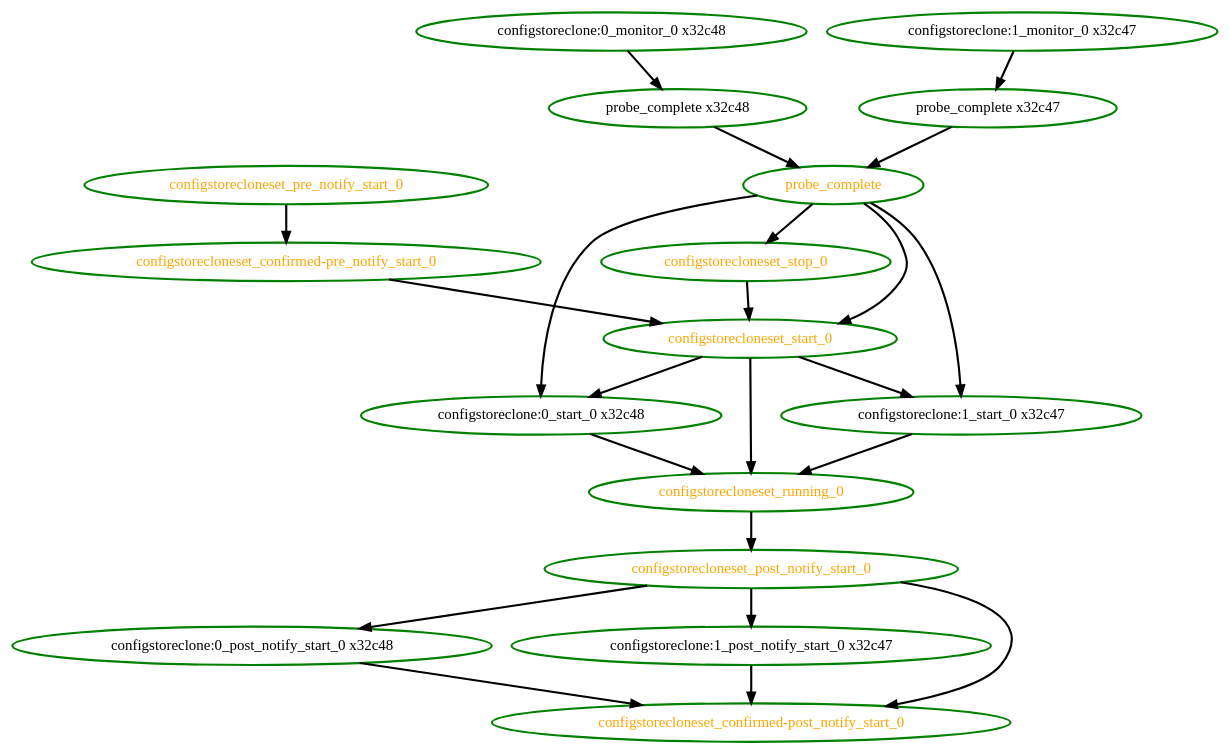
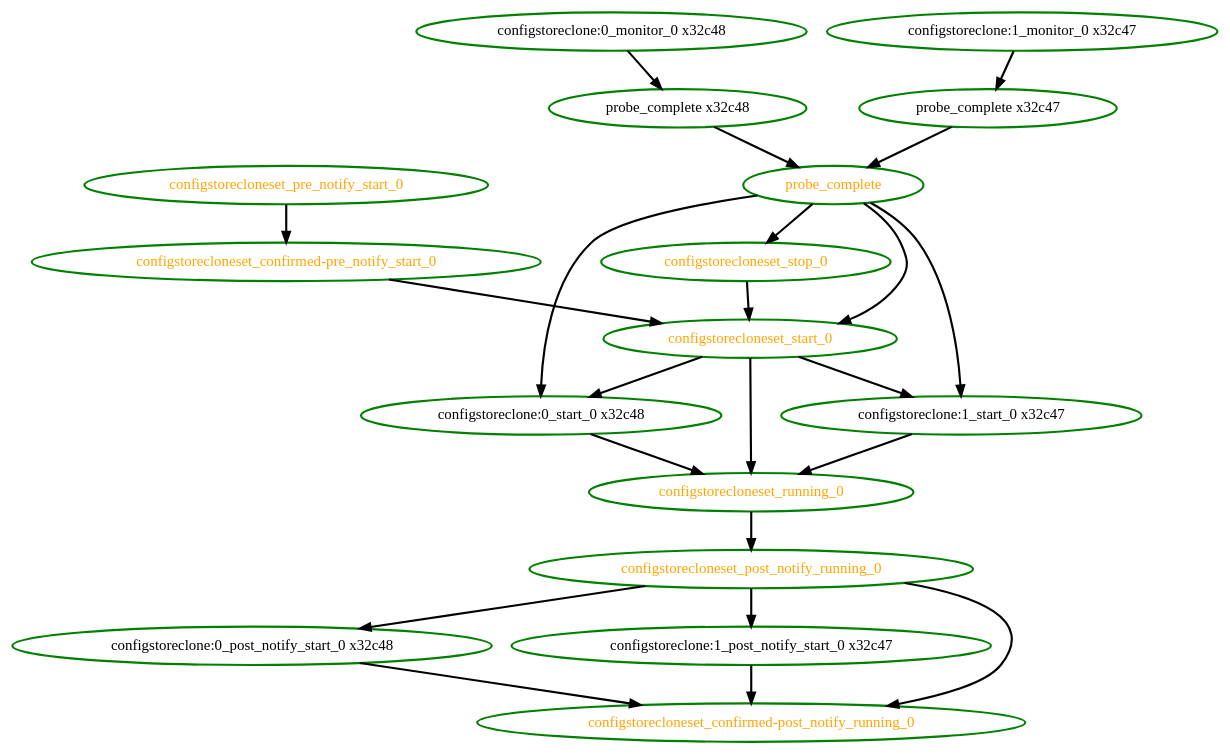
The diagram in pengine/test10/probe-0.dot (linux-ha-japan/pm_diskd), drawn with Graphviz before and after one commit. The commit also changed 68 other files, not shown here.

```diff
--- a/pengine/test10/probe-0.dot
+++ b/pengine/test10/probe-0.dot
@@ -1,40 +1,40 @@
  digraph "g" {
 "configstoreclone:0_monitor_0 x32c48" -> "probe_complete x32c48" [ style = bold]
 "configstoreclone:0_monitor_0 x32c48" [ style=bold color="green" fontcolor="black" ]
-"configstoreclone:0_post_notify_start_0 x32c48" -> "configstorecloneset_confirmed-post_notify_start_0" [ style = bold]
+"configstoreclone:0_post_notify_start_0 x32c48" -> "configstorecloneset_confirmed-post_notify_running_0" [ style = bold]
 "configstoreclone:0_post_notify_start_0 x32c48" [ style=bold color="green" fontcolor="black" ]
 "configstoreclone:0_start_0 x32c48" -> "configstorecloneset_running_0" [ style = bold]
 "configstoreclone:0_start_0 x32c48" [ style=bold color="green" fontcolor="black" ]
 "configstoreclone:1_monitor_0 x32c47" -> "probe_complete x32c47" [ style = bold]
 "configstoreclone:1_monitor_0 x32c47" [ style=bold color="green" fontcolor="black"  ]
-"configstoreclone:1_post_notify_start_0 x32c47" -> "configstorecloneset_confirmed-post_notify_start_0" [ style = bold]
+"configstoreclone:1_post_notify_start_0 x32c47" -> "configstorecloneset_confirmed-post_notify_running_0" [ style = bold]
 "configstoreclone:1_post_notify_start_0 x32c47" [ style=bold color="green" fontcolor="black" ]
 "configstoreclone:1_start_0 x32c47" -> "configstorecloneset_running_0" [ style = bold]
 "configstoreclone:1_start_0 x32c47" [ style=bold color="green" fontcolor="black" ]
-"configstorecloneset_confirmed-post_notify_start_0" [ style=bold color="green" fontcolor="orange" ]
+"configstorecloneset_confirmed-post_notify_running_0" [ style=bold color="green" fontcolor="orange" ]
 "configstorecloneset_confirmed-pre_notify_start_0" -> "configstorecloneset_start_0" [ style = bold]
 "configstorecloneset_confirmed-pre_notify_start_0" [ style=bold color="green" fontcolor="orange" ]
-"configstorecloneset_post_notify_start_0" -> "configstoreclone:0_post_notify_start_0 x32c48" [ style = bold]
-"configstorecloneset_post_notify_start_0" -> "configstoreclone:1_post_notify_start_0 x32c47" [ style = bold]
-"configstorecloneset_post_notify_start_0" -> "configstorecloneset_confirmed-post_notify_start_0" [ style = bold]
-"configstorecloneset_post_notify_start_0" [ style=bold color="green" fontcolor="orange" ]
+"configstorecloneset_post_notify_running_0" -> "configstoreclone:0_post_notify_start_0 x32c48" [ style = bold]
+"configstorecloneset_post_notify_running_0" -> "configstoreclone:1_post_notify_start_0 x32c47" [ style = bold]
+"configstorecloneset_post_notify_running_0" -> "configstorecloneset_confirmed-post_notify_running_0" [ style = bold]
+"configstorecloneset_post_notify_running_0" [ style=bold color="green" fontcolor="orange" ]
 "configstorecloneset_pre_notify_start_0" -> "configstorecloneset_confirmed-pre_notify_start_0" [ style = bold]
 "configstorecloneset_pre_notify_start_0" [ style=bold color="green" fontcolor="orange" ]
-"configstorecloneset_running_0" -> "configstorecloneset_post_notify_start_0" [ style = bold]
+"configstorecloneset_running_0" -> "configstorecloneset_post_notify_running_0" [ style = bold]
 "configstorecloneset_running_0" [ style=bold color="green" fontcolor="orange" ]
 "configstorecloneset_start_0" -> "configstoreclone:0_start_0 x32c48" [ style = bold]
 "configstorecloneset_start_0" -> "configstoreclone:1_start_0 x32c47" [ style = bold]
 "configstorecloneset_start_0" -> "configstorecloneset_running_0" [ style = bold]
 "configstorecloneset_start_0" [ style=bold color="green" fontcolor="orange" ]
 "configstorecloneset_stop_0" -> "configstorecloneset_start_0" [ style = bold]
 "configstorecloneset_stop_0" [ style=bold color="green" fontcolor="orange"  ]
 "probe_complete x32c47" -> "probe_complete" [ style = bold]
 "probe_complete x32c47" [ style=bold color="green" fontcolor="black" ]
 "probe_complete x32c48" -> "probe_complete" [ style = bold]
 "probe_complete x32c48" [ style=bold color="green" fontcolor="black" ]
 "probe_complete" -> "configstoreclone:0_start_0 x32c48" [ style = bold]
 "probe_complete" -> "configstoreclone:1_start_0 x32c47" [ style = bold]
 "probe_complete" -> "configstorecloneset_start_0" [ style = bold]
 "probe_complete" -> "configstorecloneset_stop_0" [ style = bold]
 "probe_complete" [ style=bold color="green" fontcolor="orange" ]
 }
```
